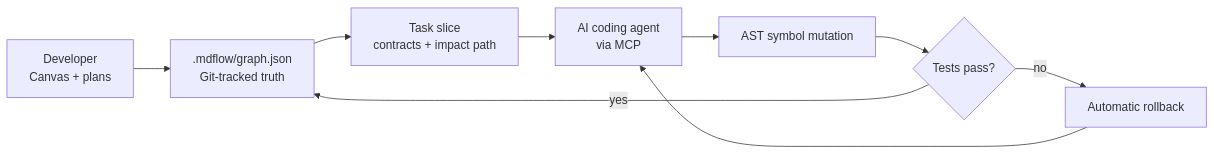
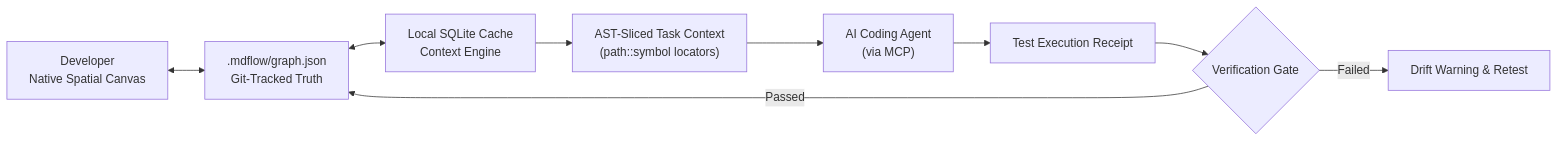
One commit to yubinbin32-ops/Mdflow changed the diagram in README.md. Above: the diagram before and after it, drawn with Mermaid. The commit also changed other lines of this file and 3 other files, not shown here.

````diff
--- a/README.md
+++ b/README.md
@@ -55,11 +118,11 @@
 ```mermaid
 flowchart LR
-  Human["Developer\nCanvas + plans"] --> Graph[".mdflow/graph.json\nGit-tracked truth"]
-  Graph --> Context["Task slice\ncontracts + impact path"]
-  Context --> Agent["AI coding agent\nvia MCP"]
-  Agent --> Mutation["AST symbol mutation"]
-  Mutation --> Verify{"Tests pass?"}
-  Verify -->|yes| Graph
-  Verify -->|no| Rollback["Automatic rollback"]
-  Rollback --> Agent
+  Human["Developer\nNative Spatial Canvas"] <--> Plaintext[".mdflow/graph.json\nGit-Tracked Truth"]
+  Plaintext <--> Engine["Local SQLite Cache\nContext Engine"]
+  Engine --> Slice["AST-Sliced Task Context\n(path::symbol locators)"]
+  Slice --> Agent["AI Coding Agent\n(via MCP)"]
+  Agent --> Evidence["Test Execution Receipt"]
+  Evidence --> Gate{"Verification Gate"}
+  Gate -->|Passed| Plaintext
+  Gate -->|Failed| Alert["Drift Warning & Retest"]
 ```
````
